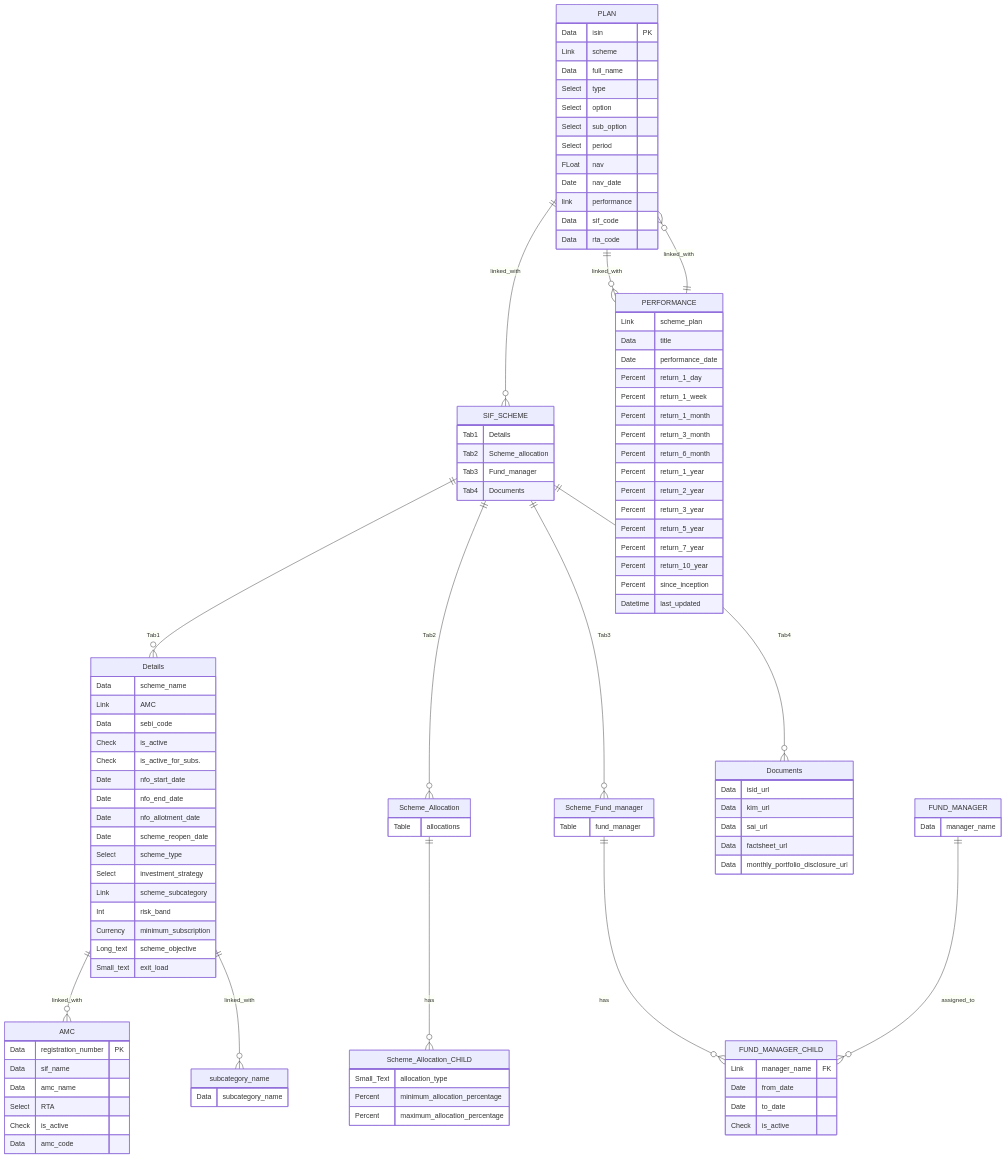
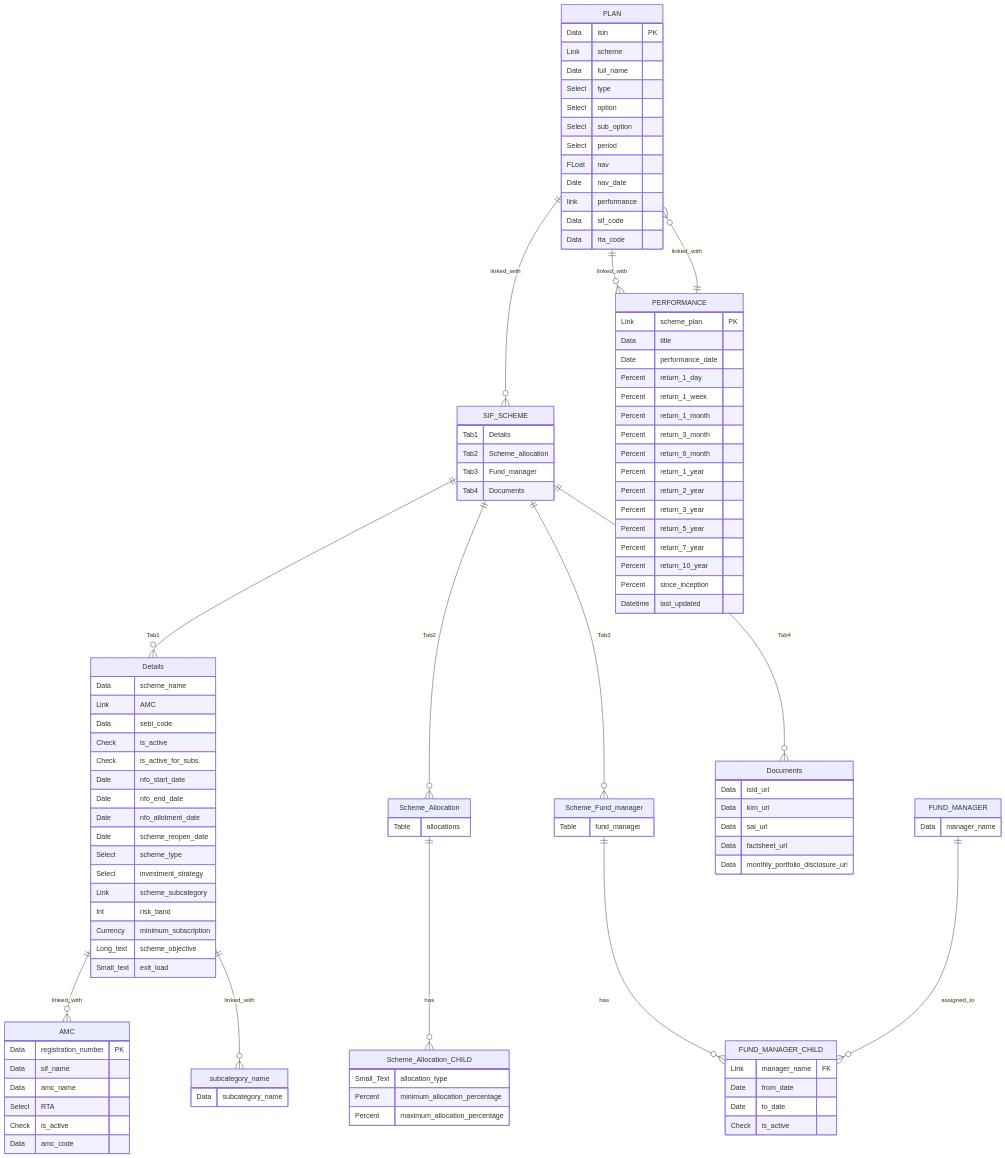
One commit to Satyam4755/My_SIF changed the diagram in sif_app/DOCTYPE architecture ER diagram.md. Above: the diagram before and after it, drawn with Mermaid.

Commit message:
Update DOCTYPE architecture ER diagram.md

```diff
--- a/sif_app/DOCTYPE architecture ER diagram.md
+++ b/sif_app/DOCTYPE architecture ER diagram.md
@@ -109,7 +109,7 @@
     }
 
     PERFORMANCE {
-        Link scheme_plan
+        Link scheme_plan PK
         Data title
         Date performance_date
 
```
